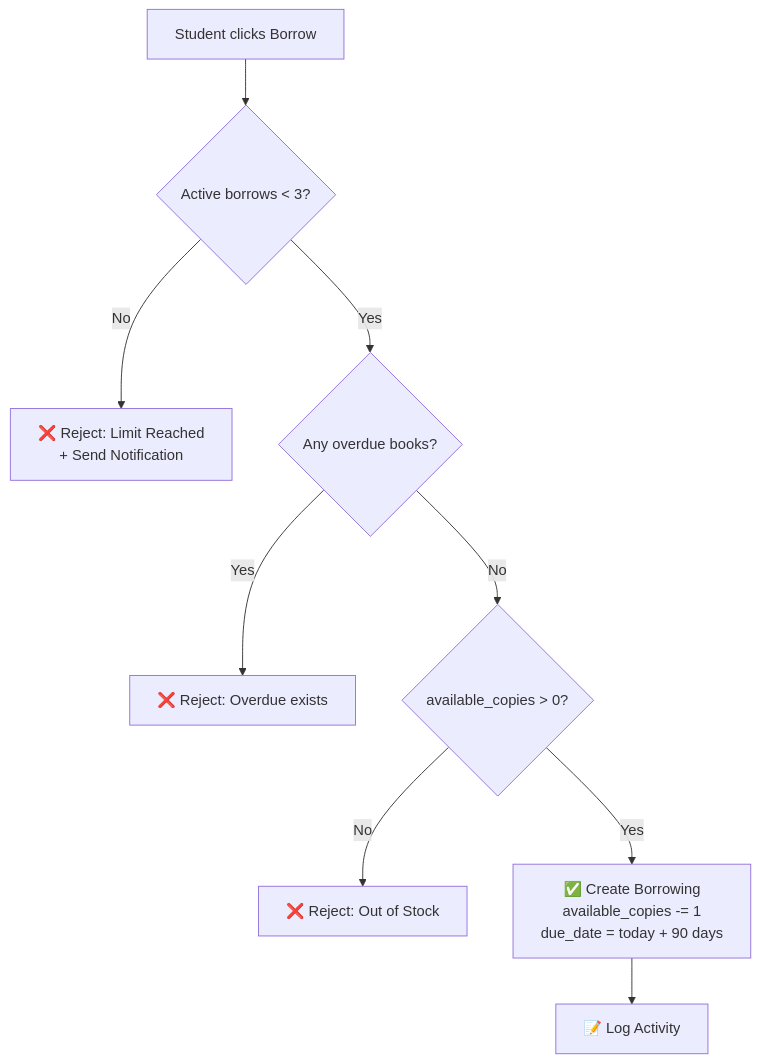
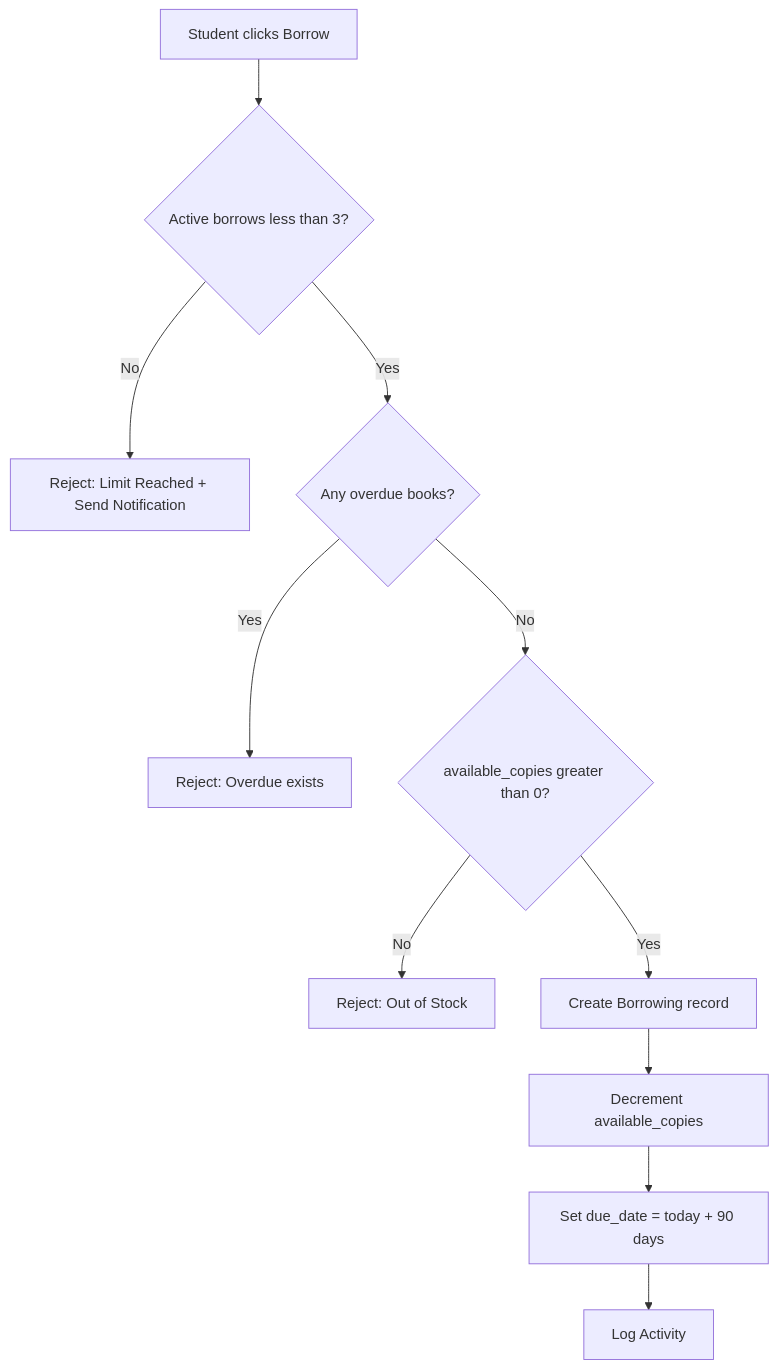
Before and after one commit to ahmed0913/library: the fifth of 6 diagrams in README.md, drawn with Mermaid. The commit also changed other lines of this file and 5 other files, not shown here.

````diff
--- a/README.md
+++ b/README.md
@@ -256,11 +267,13 @@
 ```mermaid
 flowchart TD
-    A["Student clicks Borrow"] --> B{"Active borrows < 3?"}
-    B -->|No| C["❌ Reject: Limit Reached\n+ Send Notification"]
+    A["Student clicks Borrow"] --> B{"Active borrows less than 3?"}
+    B -->|No| C["Reject: Limit Reached + Send Notification"]
     B -->|Yes| D{"Any overdue books?"}
-    D -->|Yes| E["❌ Reject: Overdue exists"]
-    D -->|No| F{"available_copies > 0?"}
-    F -->|No| G["❌ Reject: Out of Stock"]
-    F -->|Yes| H["✅ Create Borrowing\navailable_copies -= 1\ndue_date = today + 90 days"]
-    H --> I["📝 Log Activity"]
+    D -->|Yes| E["Reject: Overdue exists"]
+    D -->|No| F{"available_copies greater than 0?"}
+    F -->|No| G["Reject: Out of Stock"]
+    F -->|Yes| H["Create Borrowing record"]
+    H --> I["Decrement available_copies"]
+    I --> J["Set due_date = today + 90 days"]
+    J --> K["Log Activity"]
 ```
````
